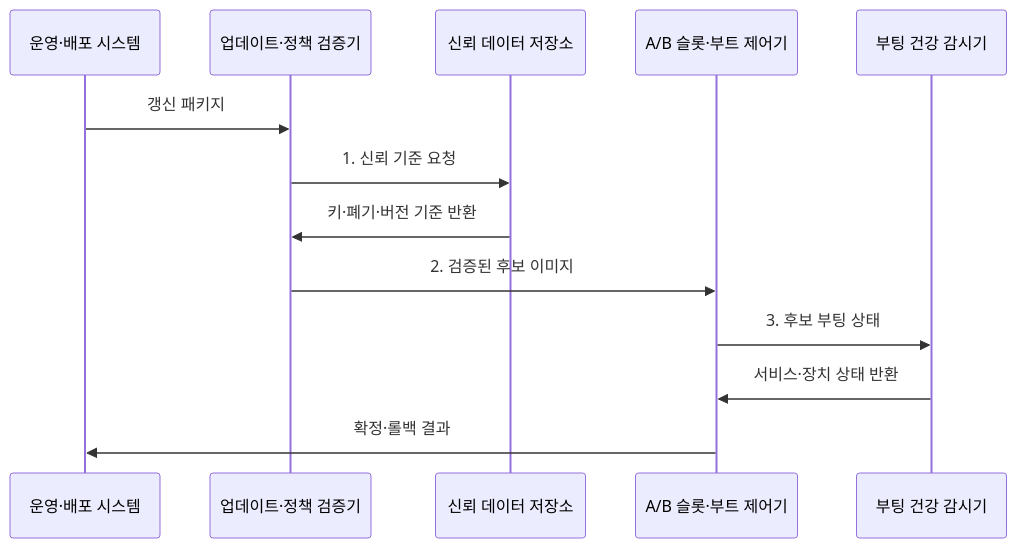
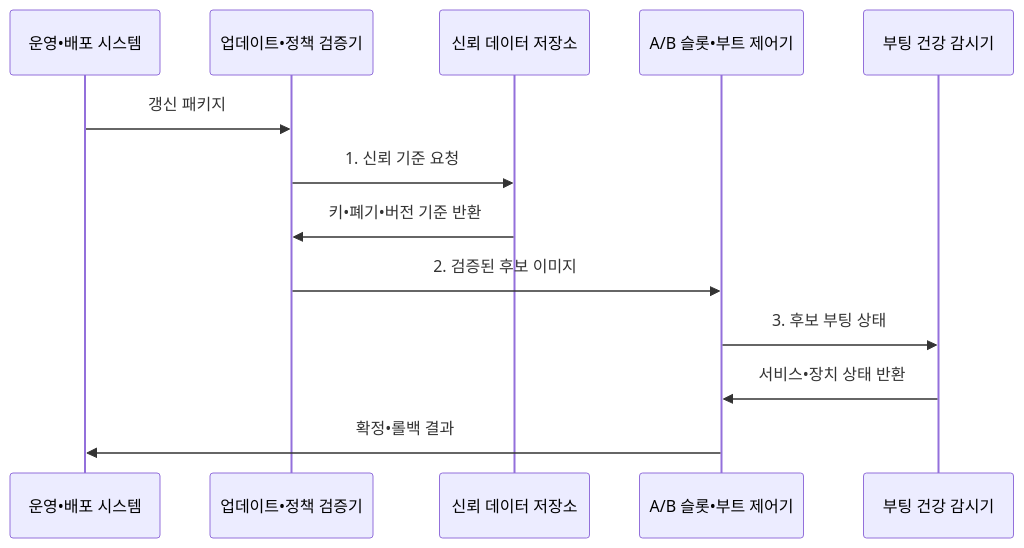
One commit to agnusdei1207/knowledge-base changed the second of 2 diagrams in src/content/docs/notes/02-hardware/069_firmware_security.md. Above: the diagram before and after it, drawn with Mermaid. The commit also changed other lines of this file and 953 other files, not shown here.

````diff
--- a/src/content/docs/notes/02-hardware/069_firmware_security.md
+++ b/src/content/docs/notes/02-hardware/069_firmware_security.md
@@ -103,16 +103,16 @@
 ```mermaid
 sequenceDiagram
-    participant O as 운영·배포 시스템
-    participant U as 업데이트·정책 검증기
+    participant O as 운영•배포 시스템
+    participant U as 업데이트•정책 검증기
     participant T as 신뢰 데이터 저장소
-    participant S as A/B 슬롯·부트 제어기
+    participant S as A/B 슬롯•부트 제어기
     participant H as 부팅 건강 감시기
 
     O->>U: 갱신 패키지
     U->>T: 1. 신뢰 기준 요청
-    T->>U: 키·폐기·버전 기준 반환
+    T->>U: 키•폐기•버전 기준 반환
     U->>S: 2. 검증된 후보 이미지
     S->>H: 3. 후보 부팅 상태
-    H->>S: 서비스·장치 상태 반환
-    S->>O: 확정·롤백 결과
+    H->>S: 서비스•장치 상태 반환
+    S->>O: 확정•롤백 결과
 ```
````
